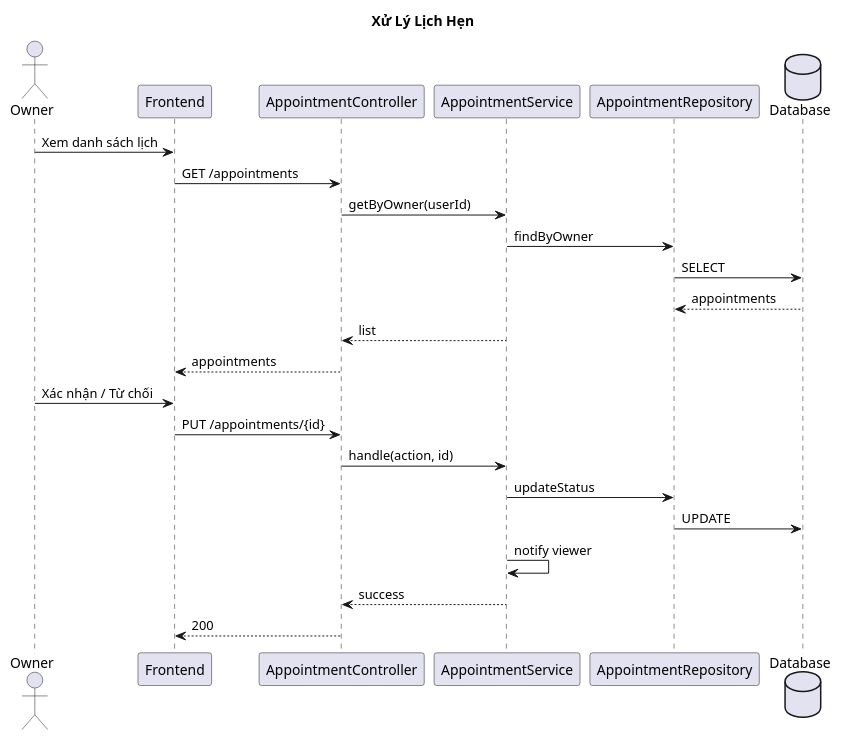
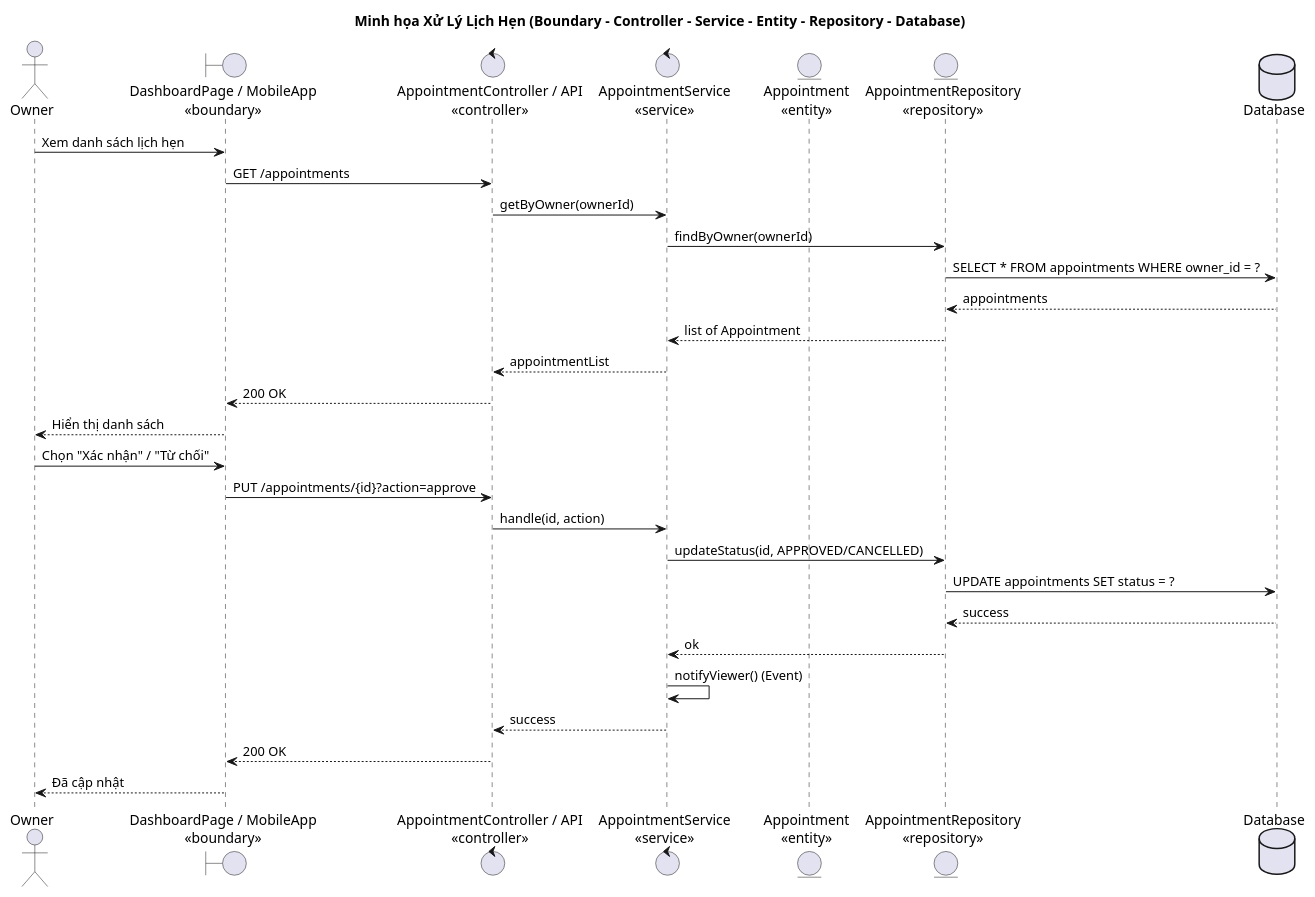
One commit to BuiThaiBao/Propify changed the diagram in docs/sequence-diagram-xu-ly-lich-hen.md. Above: the diagram before and after it, drawn with PlantUML. The commit also changed other lines of this file and 12 other files, not shown here.

Commit message:
feat: update sequence diagrams to include detailed interactions and 3-layer architecture representation

````diff
--- a/docs/sequence-diagram-xu-ly-lich-hen.md
+++ b/docs/sequence-diagram-xu-ly-lich-hen.md
@@ -3,29 +3,35 @@
 ```plantuml
 @startuml
-title Xử Lý Lịch Hẹn
+title Minh họa Xử Lý Lịch Hẹn (Boundary - Controller - Service - Entity - Repository - Database)
 
 actor "Owner" as Owner
-participant "Frontend" as FE
-participant "AppointmentController" as Controller
-participant "AppointmentService" as Service
-participant "AppointmentRepository" as Repo
+boundary "DashboardPage / MobileApp\n«boundary»" as FE
+control "AppointmentController / API\n«controller»" as Controller
+control "AppointmentService\n«service»" as Service
+entity "Appointment\n«entity»" as Entity
+entity "AppointmentRepository\n«repository»" as Repo
 database "Database" as DB
 
-Owner -> FE: Xem danh sách lịch
+Owner -> FE: Xem danh sách lịch hẹn
 FE -> Controller: GET /appointments
-Controller -> Service: getByOwner(userId)
-Service -> Repo: findByOwner
-Repo -> DB: SELECT
+Controller -> Service: getByOwner(ownerId)
+Service -> Repo: findByOwner(ownerId)
+Repo -> DB: SELECT * FROM appointments WHERE owner_id = ?
 DB --> Repo: appointments
-Service --> Controller: list
-Controller --> FE: appointments
-Owner -> FE: Xác nhận / Từ chối
-FE -> Controller: PUT /appointments/{id}
-Controller -> Service: handle(action, id)
-Service -> Repo: updateStatus
-Repo -> DB: UPDATE
-Service -> Service: notify viewer
+Repo --> Service: list of Appointment
+Service --> Controller: appointmentList
+Controller --> FE: 200 OK
+FE --> Owner: Hiển thị danh sách
+Owner -> FE: Chọn "Xác nhận" / "Từ chối"
+FE -> Controller: PUT /appointments/{id}?action=approve
+Controller -> Service: handle(id, action)
+Service -> Repo: updateStatus(id, APPROVED/CANCELLED)
+Repo -> DB: UPDATE appointments SET status = ?
+DB --> Repo: success
+Repo --> Service: ok
+Service -> Service: notifyViewer() (Event)
 Service --> Controller: success
-Controller --> FE: 200
+Controller --> FE: 200 OK
+FE --> Owner: Đã cập nhật
 @enduml
 ```
````
